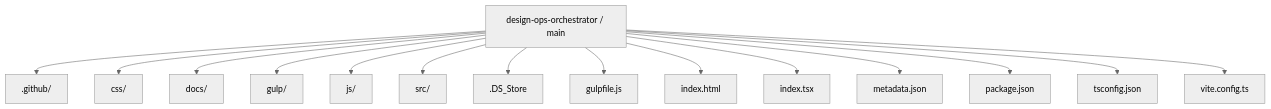
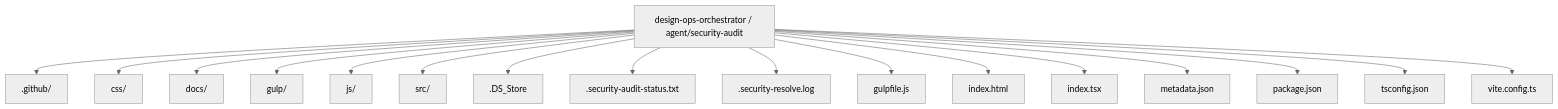
Before and after one commit to Nischhalsubba/design-ops-orchestrator: the first of 5 diagrams in README.md, drawn with Mermaid (neutral theme). The commit also changed other lines of this file, not shown here.

````diff
--- a/README.md
+++ b/README.md
@@ -57,18 +59,20 @@
 ```mermaid
 flowchart TD
-    ROOT["design-ops-orchestrator / main"]
+    ROOT["design-ops-orchestrator / agent/security-audit"]
     ROOT --> P0[".github/"]
     ROOT --> P1["css/"]
     ROOT --> P2["docs/"]
     ROOT --> P3["gulp/"]
     ROOT --> P4["js/"]
     ROOT --> P5["src/"]
     ROOT --> P6[".DS_Store"]
-    ROOT --> P7["gulpfile.js"]
-    ROOT --> P8["index.html"]
-    ROOT --> P9["index.tsx"]
-    ROOT --> P10["metadata.json"]
-    ROOT --> P11["package.json"]
-    ROOT --> P12["tsconfig.json"]
-    ROOT --> P13["vite.config.ts"]
+    ROOT --> P7[".security-audit-status.txt"]
+    ROOT --> P8[".security-resolve.log"]
+    ROOT --> P9["gulpfile.js"]
+    ROOT --> P10["index.html"]
+    ROOT --> P11["index.tsx"]
+    ROOT --> P12["metadata.json"]
+    ROOT --> P13["package.json"]
+    ROOT --> P14["tsconfig.json"]
+    ROOT --> P15["vite.config.ts"]
 ```
````
